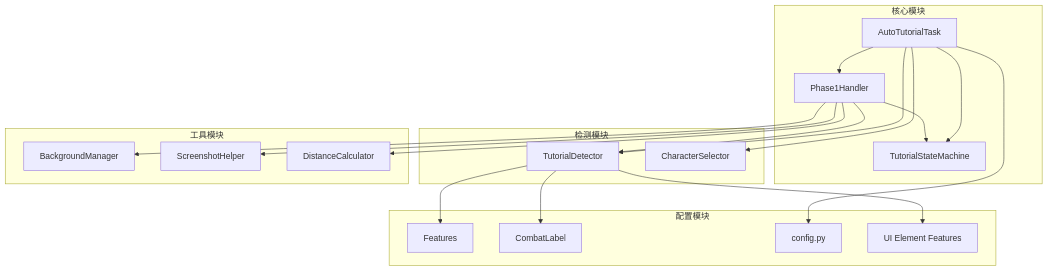
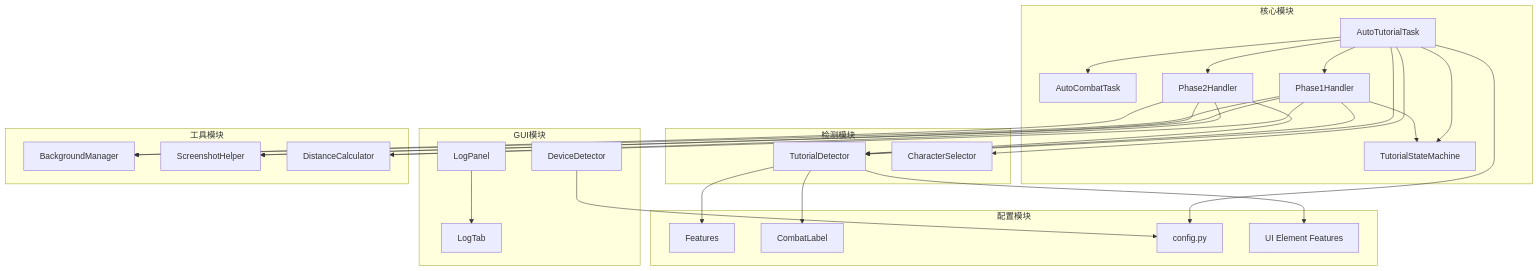
Before and after one commit to xsy098-max/ok-jump: diagram 15 of 17 in .qoder/repowiki/zh/content/核心系统架构/教程检测系统.md, drawn with Mermaid. The commit also changed other lines of this file and 28 other files, not shown here.

````diff
--- a/.qoder/repowiki/zh/content/核心系统架构/教程检测系统.md
+++ b/.qoder/repowiki/zh/content/核心系统架构/教程检测系统.md
@@ -585,36 +682,51 @@
 ```mermaid
 graph TB
 subgraph "核心模块"
 A[AutoTutorialTask]
-B[TutorialStateMachine]
-C[Phase1Handler]
+B[AutoCombatTask]
+C[TutorialStateMachine]
+D[Phase1Handler]
+E[Phase2Handler]
 end
 subgraph "检测模块"
-D[TutorialDetector]
-E[CharacterSelector]
+F[TutorialDetector]
+G[CharacterSelector]
+end
+subgraph "GUI模块"
+H[LogPanel]
+I[LogTab]
+J[DeviceDetector]
 end
 subgraph "工具模块"
-F[BackgroundManager]
-G[ScreenshotHelper]
-H[DistanceCalculator]
+K[BackgroundManager]
+L[ScreenshotHelper]
+M[DistanceCalculator]
 end
 subgraph "配置模块"
-I[Features]
-J[CombatLabel]
-K[config.py]
-L[UI Element Features]
+N[Features]
+O[CombatLabel]
+P[config.py]
+Q[UI Element Features]
 end
 A --> B
 A --> C
 A --> D
 A --> E
-C --> B
-C --> D
-C --> F
-C --> G
-C --> H
-D --> I
-D --> J
+A --> F
+A --> G
+D --> C
+D --> F
+E --> F
+D --> K
 D --> L
-A --> K
+D --> M
+E --> K
+E --> L
+E --> M
+F --> N
+F --> O
+F --> Q
+H --> I
+J --> P
+A --> P
 ```
````
